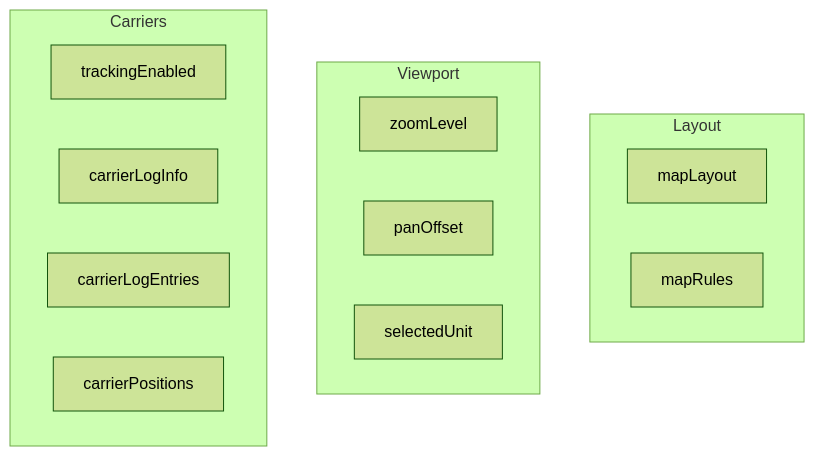
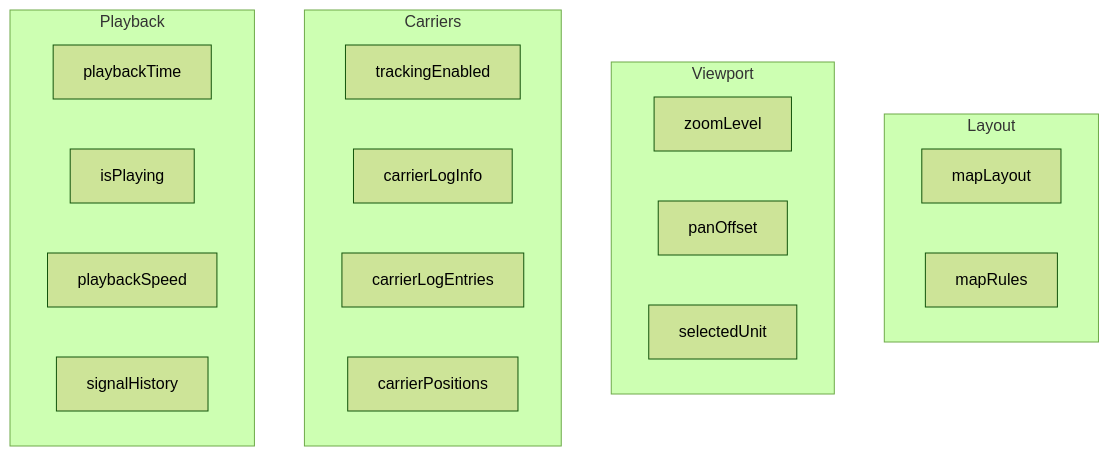
One commit to SulthanZahran91/LOG_VISUALIZER_WEB changed the fourth of 5 diagrams in .agent/architecture/state-management.md. Above: the diagram before and after it, drawn with Mermaid (forest theme). The commit also changed 8 other files, not shown here.

First line of the commit message:
feat(map): Add Map Media Player with time-based signal evaluation

````diff
--- a/.agent/architecture/state-management.md
+++ b/.agent/architecture/state-management.md
@@ -109,20 +109,27 @@
 ```mermaid
 flowchart TB
     subgraph Layout
         layout[mapLayout]
         rules[mapRules]
     end
     
     subgraph Viewport
         zoom[zoomLevel]
         offset[panOffset]
         selection[selectedUnit]
     end
     
     subgraph Carriers
         enabled[trackingEnabled]
         info[carrierLogInfo]
         entries[carrierLogEntries]
         positions[carrierPositions <computed>]
     end
+    
+    subgraph Playback
+        playTime[playbackTime]
+        isPlay[isPlaying]
+        speed[playbackSpeed]
+        history[signalHistory]
+    end
 ```
````
